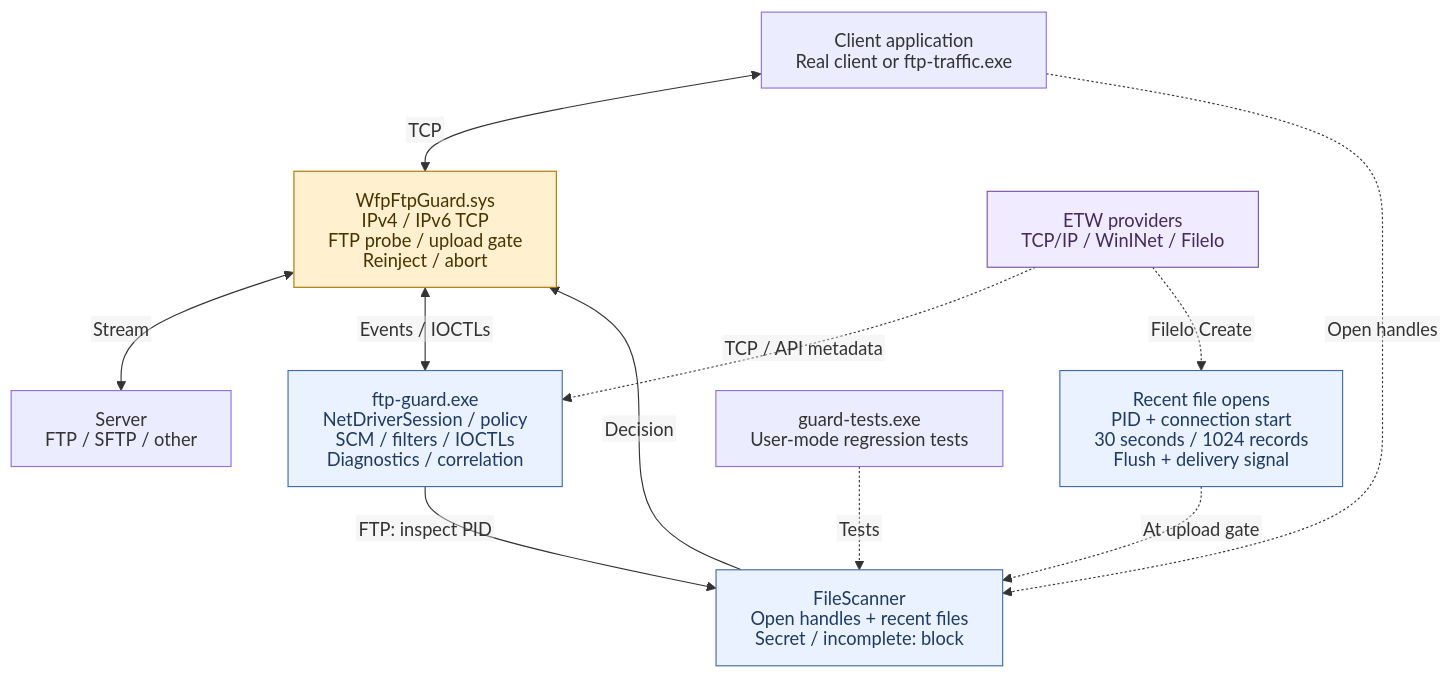
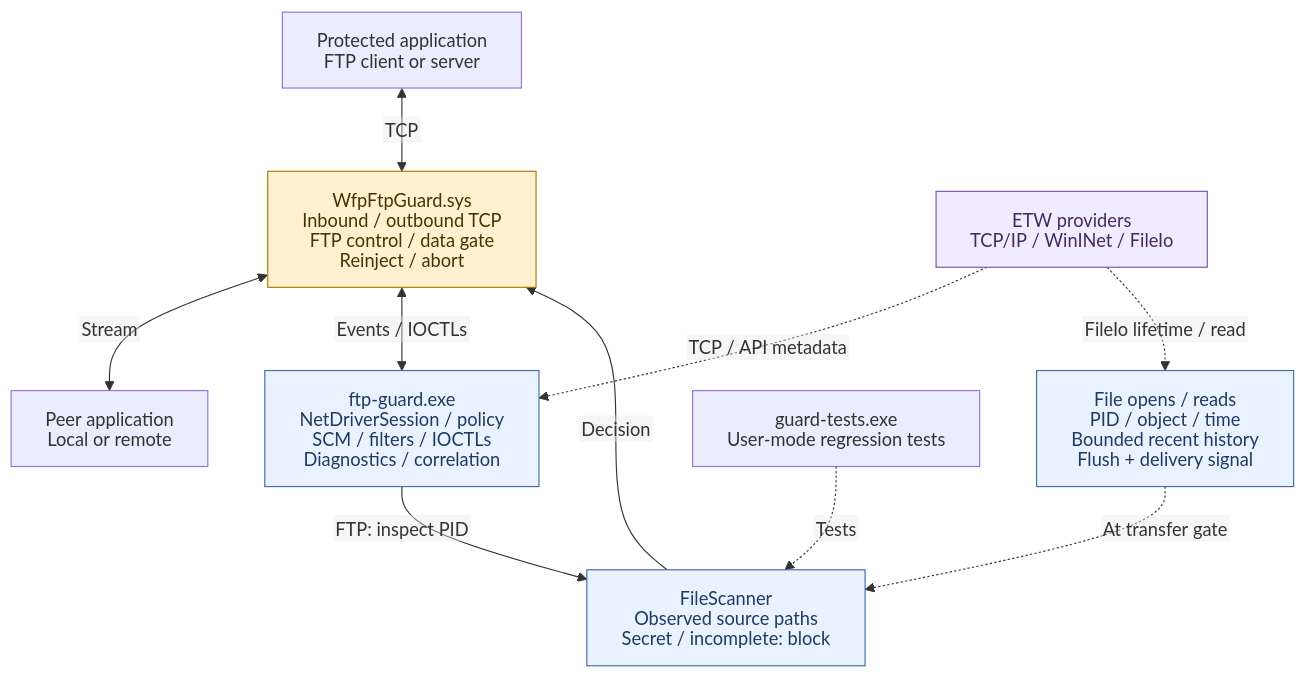
Before and after one commit to cdunarea/cloudsec-wfp-ftp-guard-poc: the diagram in README.md, drawn with Mermaid. The commit also changed other lines of this file and 18 other files, not shown here.

Commit message:
FTP-server pulls, explicit FTPS

````diff
--- a/README.md
+++ b/README.md
@@ -27,34 +29,33 @@
 ```mermaid
 ---
 config:
   htmlLabels: false
   fontFamily: Arial, sans-serif
   flowchart:
     htmlLabels: false
     useMaxWidth: true
 ---
 flowchart TB
-    App["Client application<br/>Real client or ftp-traffic.exe"]
-    Driver["WfpFtpGuard.sys<br/>IPv4 / IPv6 TCP<br/>FTP probe / upload gate<br/>Reinject / abort"]
-    Peer["Server<br/>FTP / SFTP / other"]
+    App["Protected application<br/>FTP client or server"]
+    Driver["WfpFtpGuard.sys<br/>Inbound / outbound TCP<br/>FTP control / data gate<br/>Reinject / abort"]
+    Peer["Peer application<br/>Local or remote"]
     Console["ftp-guard.exe<br/>NetDriverSession / policy<br/>SCM / filters / IOCTLs<br/>Diagnostics / correlation"]
-    Scan["FileScanner<br/>Open handles + recent files<br/>Secret / incomplete: block"]
+    Scan["FileScanner<br/>Observed source paths<br/>Secret / incomplete: block"]
     ETW["ETW providers<br/>TCP/IP / WinINet / FileIo"]
-    History["Recent file opens<br/>PID + connection start<br/>30 seconds / 1024 records<br/>Flush + delivery signal"]
+    History["File opens / reads<br/>PID / object / time<br/>Bounded recent history<br/>Flush + delivery signal"]
     Tests["guard-tests.exe<br/>User-mode regression tests"]
     App <-->|"TCP"| Driver
     Driver <-->|"Stream"| Peer
     Driver <-->|"Events / IOCTLs"| Console
     Console -->|"FTP: inspect PID"| Scan
-    App -. "Open handles" .-> Scan
     Scan -->|"Decision"| Driver
     ETW -. "TCP / API metadata" .-> Console
-    ETW -. "FileIo Create" .-> History
-    History -. "At upload gate" .-> Scan
+    ETW -. "FileIo lifetime / read" .-> History
+    History -. "At transfer gate" .-> Scan
     Tests -. "Tests" .-> Scan
     style Driver fill:#fff1cf,stroke:#ad7500,color:#493300
     style ETW fill:#f1ebff,stroke:#7953a4,color:#432b60
     style Console fill:#eaf2ff,stroke:#416ba5,color:#203b63
     style Scan fill:#eaf2ff,stroke:#416ba5,color:#203b63
     style History fill:#eaf2ff,stroke:#416ba5,color:#203b63
 ```
````
